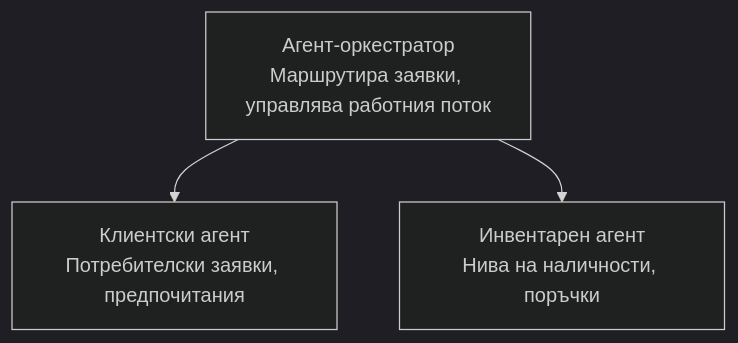
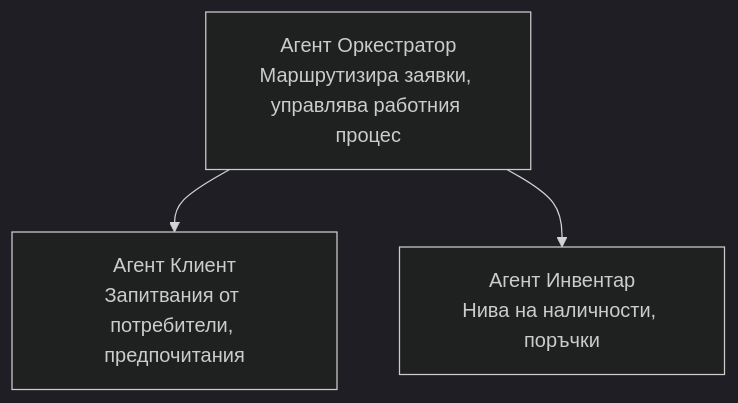
Before and after one commit to microsoft/AZD-for-beginners: the diagram in translations/bg/docs/chapter-05-multi-agent/README.md, drawn with Mermaid (dark theme). The commit also changed other lines of this file and 59 other files, not shown here.

````diff
--- a/translations/bg/docs/chapter-05-multi-agent/README.md
+++ b/translations/bg/docs/chapter-05-multi-agent/README.md
@@ -54,5 +54,5 @@
 ```mermaid
 graph TD
-    Orchestrator[Агент-оркестратор<br/>Маршрутира заявки, управлява работния поток] --> Customer[Клиентски агент<br/>Потребителски заявки, предпочитания]
-    Orchestrator --> Inventory[Инвентарен агент<br/>Нива на наличности, поръчки]
+    Orchestrator[Агент Оркестратор<br/>Маршрутизира заявки, управлява работния процес] --> Customer[Агент Клиент<br/>Запитвания от потребители, предпочитания]
+    Orchestrator --> Inventory[Агент Инвентар<br/>Нива на наличности, поръчки]
 ```
````
